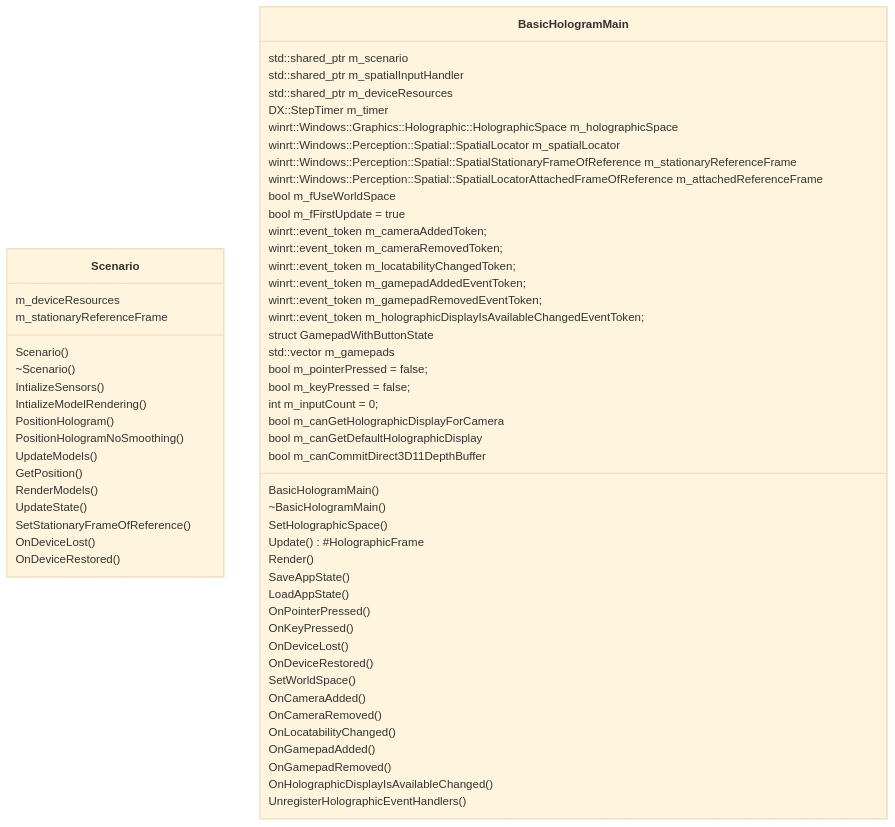
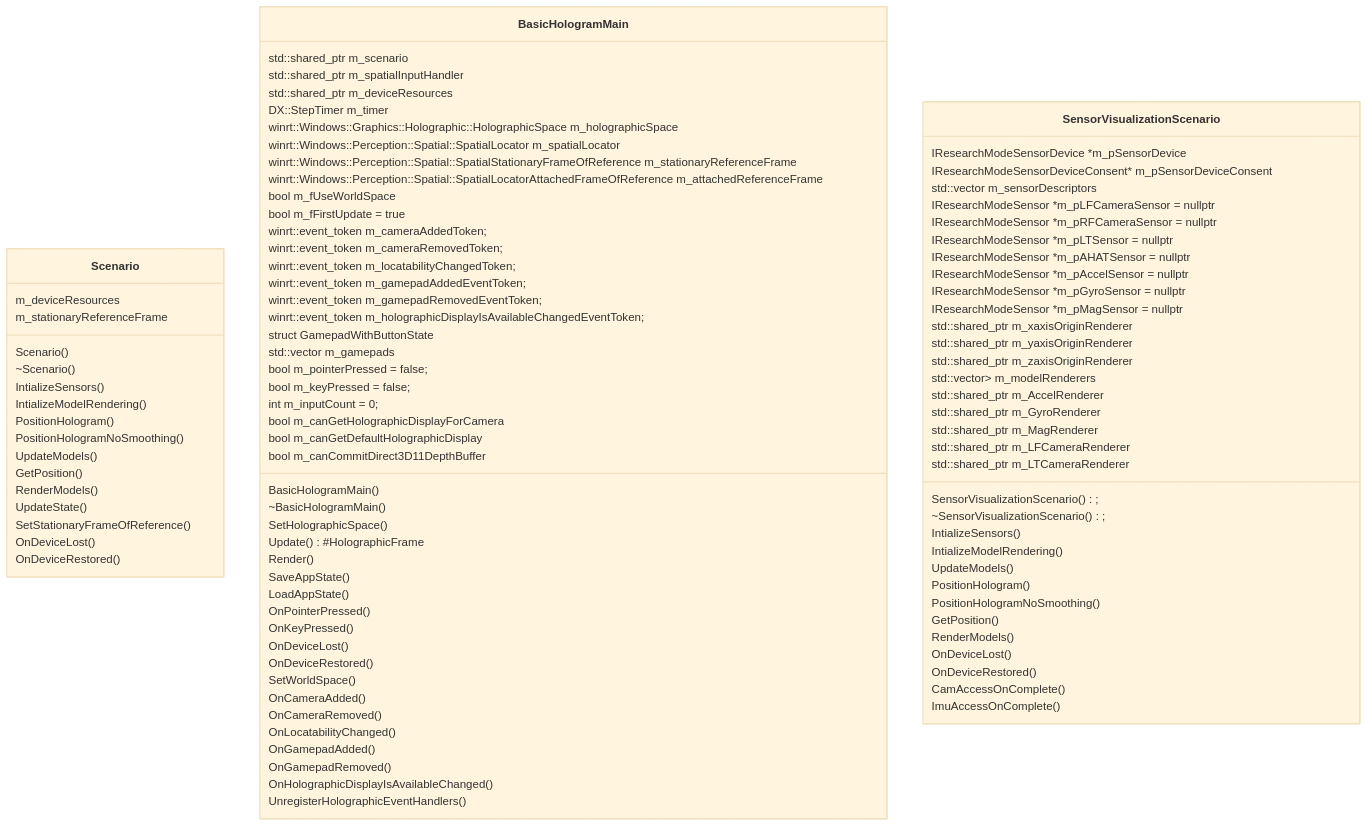
Before and after one commit to lihaowei1999/lihaowei1999.github.io: the diagram in classes_basichologrammain.md, drawn with Mermaid (base theme).

````diff
--- a/classes_basichologrammain.md
+++ b/classes_basichologrammain.md
@@ -3,5 +3,6 @@
 ```mermaid
 classDiagram
+
 class Scenario{
 Scenario()
  ~Scenario()
@@ -65,5 +66,41 @@
   bool                                                        m_canCommitDirect3D11DepthBuffer
 
 }
+class SensorVisualizationScenario{
+SensorVisualizationScenario();
+~SensorVisualizationScenario();
+IntializeSensors()
+IntializeModelRendering()
+UpdateModels()
+PositionHologram()
+PositionHologramNoSmoothing()
+GetPosition()
+RenderModels()
+OnDeviceLost()
+OnDeviceRestored()
+CamAccessOnComplete()
+ImuAccessOnComplete()
 
+IResearchModeSensorDevice *m_pSensorDevice
+IResearchModeSensorDeviceConsent* m_pSensorDeviceConsent
+std::vector<ResearchModeSensorDescriptor> m_sensorDescriptors
+IResearchModeSensor *m_pLFCameraSensor = nullptr
+IResearchModeSensor *m_pRFCameraSensor = nullptr
+IResearchModeSensor *m_pLTSensor = nullptr
+IResearchModeSensor *m_pAHATSensor = nullptr
+IResearchModeSensor *m_pAccelSensor = nullptr
+IResearchModeSensor *m_pGyroSensor = nullptr
+IResearchModeSensor *m_pMagSensor = nullptr
+
+
+std::shared_ptr<XAxisModel>                                 m_xaxisOriginRenderer
+std::shared_ptr<YAxisModel>                                 m_yaxisOriginRenderer
+std::shared_ptr<ZAxisModel>                                 m_zaxisOriginRenderer
+std::vector<std::shared_ptr<ModelRenderer>>                 m_modelRenderers
+std::shared_ptr<AccelRenderer>                              m_AccelRenderer
+std::shared_ptr<GyroRenderer>                               m_GyroRenderer
+std::shared_ptr<MagRenderer>                                m_MagRenderer
+std::shared_ptr<SlateCameraRenderer>                        m_LFCameraRenderer
+std::shared_ptr<SlateCameraRenderer>                        m_LTCameraRenderer
+}
 ```
````
